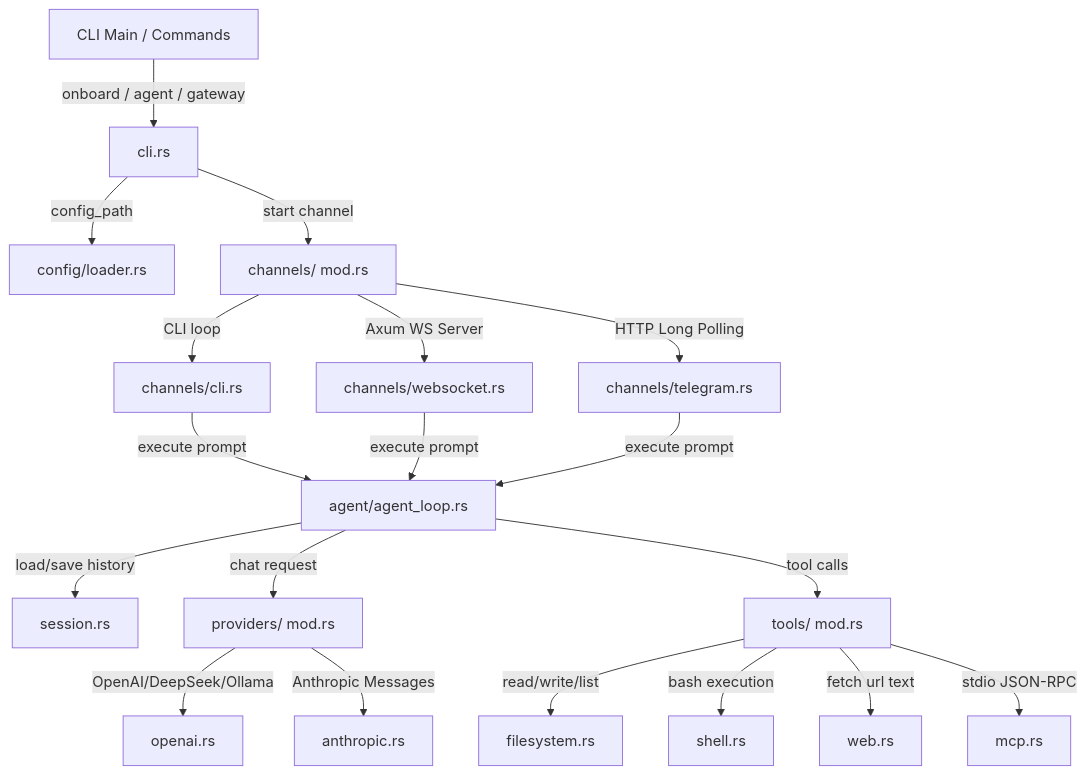
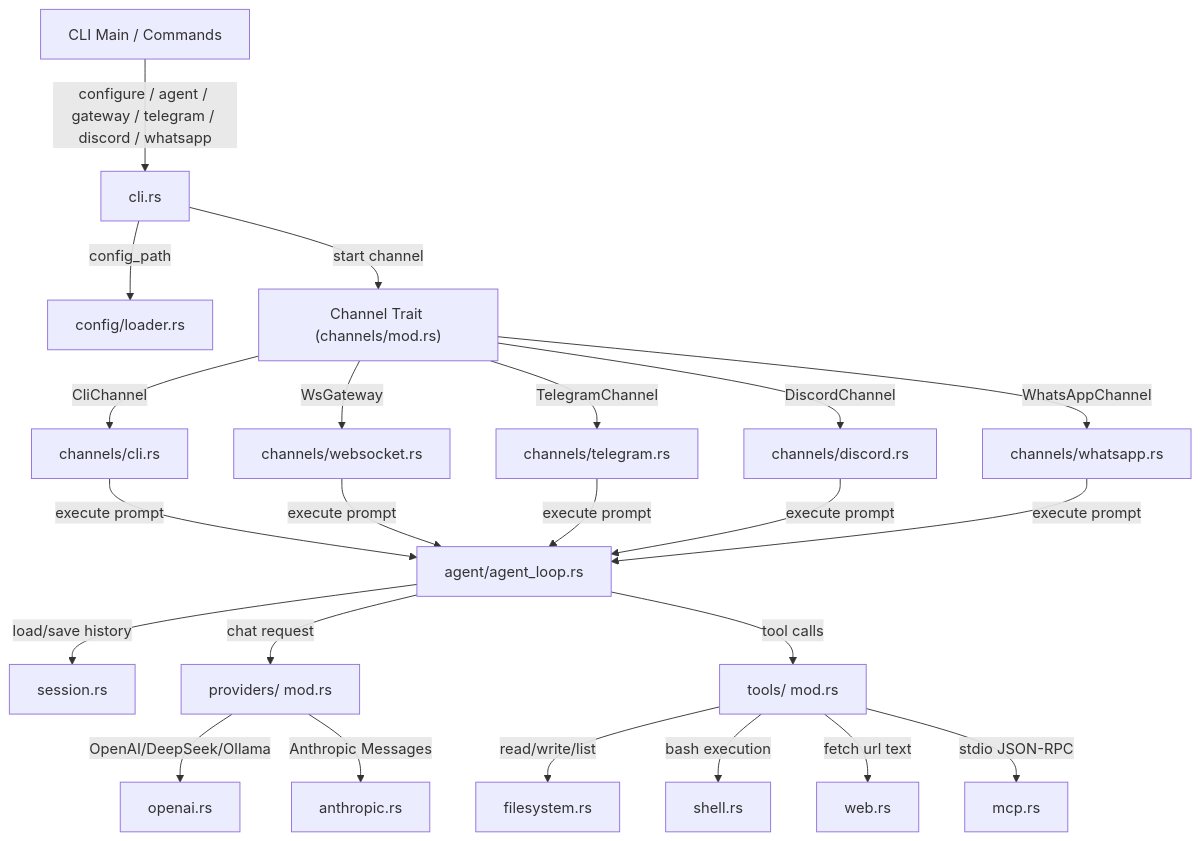
One commit to aswin402/openz-rs changed the diagram in docs/architecture.md. Above: the diagram before and after it, drawn with Mermaid. The commit also changed other lines of this file and 9 other files, not shown here.

Commit message:
Implement pluggable Channel trait, interactive configuration menu, gateway auto-start options (systemd / TUI spawn), and Discord/WhatsApp stubs

````diff
--- a/docs/architecture.md
+++ b/docs/architecture.md
@@ -11,24 +11,26 @@
 ```mermaid
 graph TD
-    CLI[CLI Main / Commands] --> |onboard / agent / gateway| CLI_RUN[cli.rs]
+    CLI[CLI Main / Commands] --> |configure / agent / gateway / telegram / discord / whatsapp| CLI_RUN[cli.rs]
     CLI_RUN --> |config_path| CONF[config/loader.rs]
-    CLI_RUN --> |start channel| CHANNELS[channels/ mod.rs]
+    CLI_RUN --> |start channel| TRAIT["Channel Trait (channels/mod.rs)"]
     
-    CHANNELS --> |CLI loop| CLI_CHAN[channels/cli.rs]
-    CHANNELS --> |Axum WS Server| WS_CHAN[channels/websocket.rs]
-    CHANNELS --> |HTTP Long Polling| TG_CHAN[channels/telegram.rs]
+    TRAIT --> |CliChannel| CLI_CHAN[channels/cli.rs]
+    TRAIT --> |WsGateway| WS_CHAN[channels/websocket.rs]
+    TRAIT --> |TelegramChannel| TG_CHAN[channels/telegram.rs]
+    TRAIT --> |DiscordChannel| DC_CHAN[channels/discord.rs]
+    TRAIT --> |WhatsAppChannel| WA_CHAN[channels/whatsapp.rs]
 
-    CLI_CHAN & WS_CHAN & TG_CHAN --> |execute prompt| LOOP[agent/agent_loop.rs]
+    CLI_CHAN & WS_CHAN & TG_CHAN & DC_CHAN & WA_CHAN --> |execute prompt| LOOP[agent/agent_loop.rs]
     
     LOOP --> |load/save history| SESS[session.rs]
     LOOP --> |chat request| PROV[providers/ mod.rs]
     LOOP --> |tool calls| TOOLS[tools/ mod.rs]
     
     PROV --> |OpenAI/DeepSeek/Ollama| openai.rs
     PROV --> |Anthropic Messages| anthropic.rs
     
     TOOLS --> |read/write/list| filesystem.rs
     TOOLS --> |bash execution| shell.rs
     TOOLS --> |fetch url text| web.rs
     TOOLS --> |stdio JSON-RPC| mcp.rs
 ```
````
